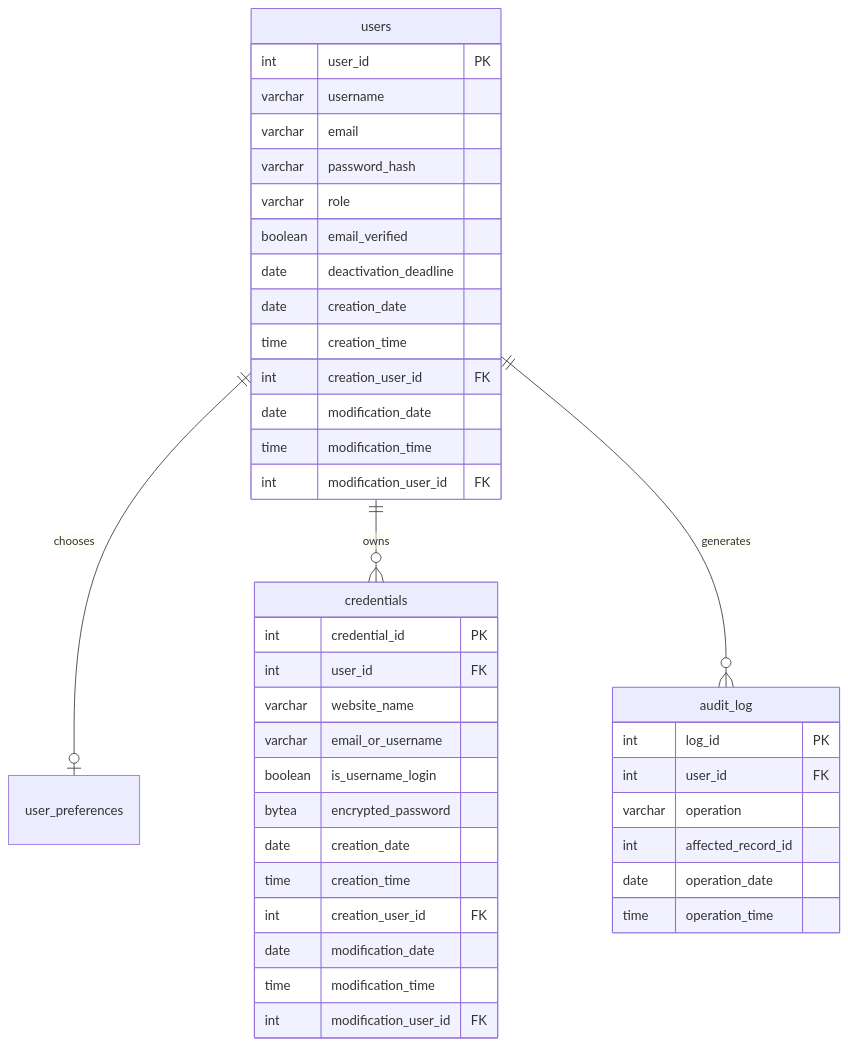
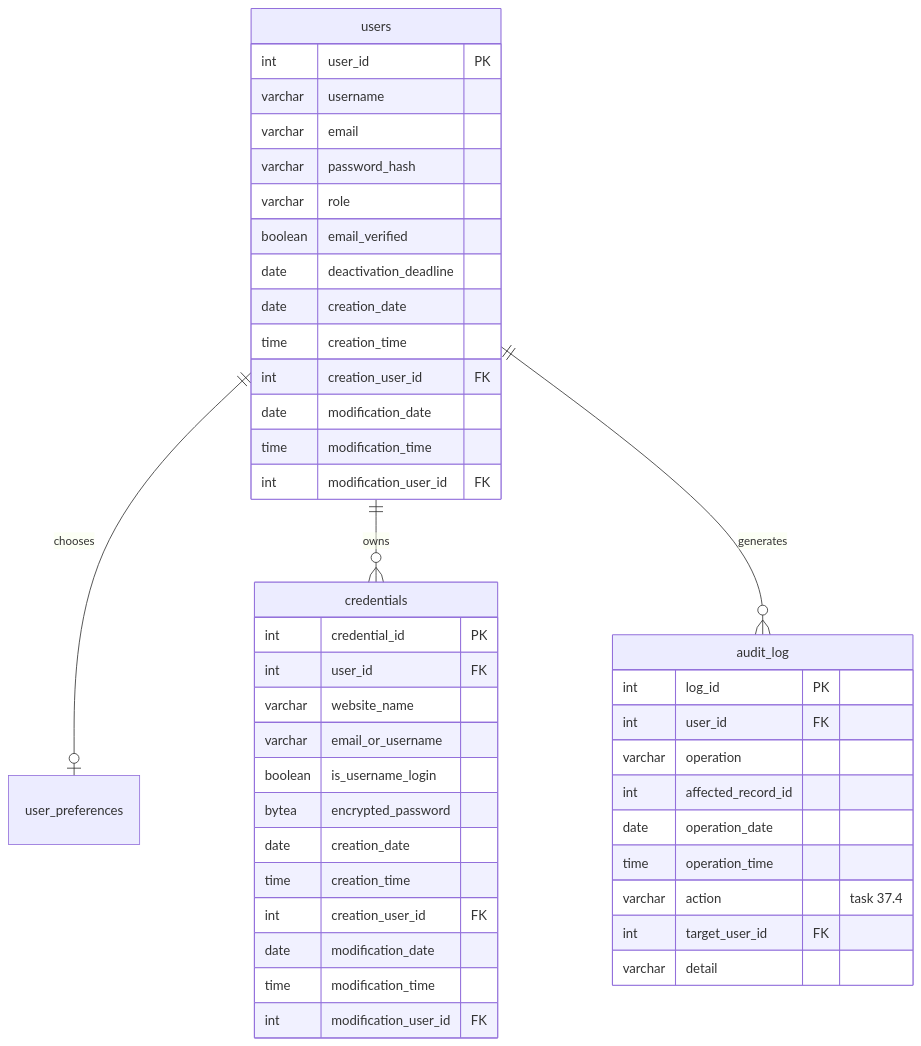
The second of 3 diagrams in .kiro/specs/password-manager-website/design.md (DarkyGr/Saving-Access), drawn with Mermaid before and after one commit. The commit also changed other lines of this file and 30 other files, not shown here.

````diff
--- a/.kiro/specs/password-manager-website/design.md
+++ b/.kiro/specs/password-manager-website/design.md
@@ -160,46 +161,49 @@
 ```mermaid
 erDiagram
     users {
         int user_id PK
         varchar username
         varchar email
         varchar password_hash
         varchar role
         boolean email_verified
         date deactivation_deadline
         date creation_date
         time creation_time
         int creation_user_id FK
         date modification_date
         time modification_time
         int modification_user_id FK
     }
 
     credentials {
         int credential_id PK
         int user_id FK
         varchar website_name
         varchar email_or_username
         boolean is_username_login
         bytea encrypted_password
         date creation_date
         time creation_time
         int creation_user_id FK
         date modification_date
         time modification_time
         int modification_user_id FK
     }
 
     audit_log {
         int log_id PK
         int user_id FK
         varchar operation
         int affected_record_id
         date operation_date
         time operation_time
+        varchar action "task 37.4"
+        int target_user_id FK
+        varchar detail
     }
 
     users ||--o| user_preferences : "chooses"
     users ||--o{ credentials : "owns"
     users ||--o{ audit_log : "generates"
 ```
````
